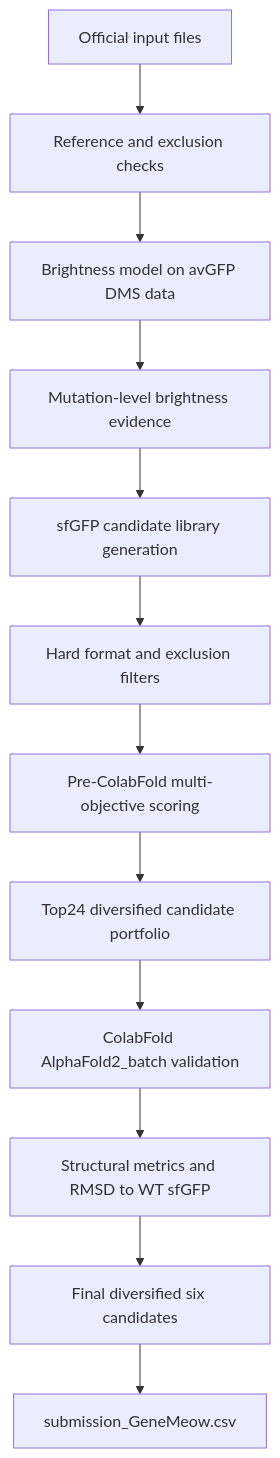
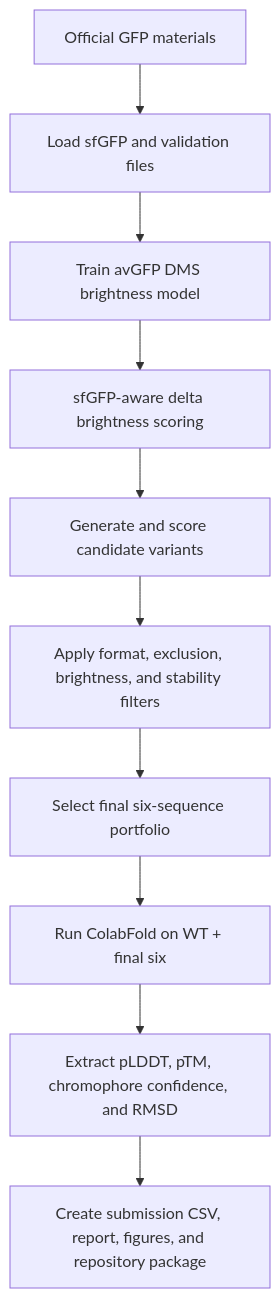
One commit to s-panish/GFP_2026_design changed the diagram in README.md. Above: the diagram before and after it, drawn with Mermaid. The commit also changed other lines of this file and 128 other files, not shown here.

````diff
--- a/README.md
+++ b/README.md
@@ -128,14 +143,12 @@
 ```mermaid
 flowchart TD
-    A[Official input files] --> B[Reference and exclusion checks]
-    B --> C[Brightness model on avGFP DMS data]
-    C --> D[Mutation-level brightness evidence]
-    D --> E[sfGFP candidate library generation]
-    E --> F[Hard format and exclusion filters]
-    F --> G[Pre-ColabFold multi-objective scoring]
-    G --> H[Top24 diversified candidate portfolio]
-    H --> I[ColabFold AlphaFold2_batch validation]
-    I --> J[Structural metrics and RMSD to WT sfGFP]
-    J --> K[Final diversified six candidates]
-    K --> L[submission_GeneMeow.csv]
+    A[Official GFP materials] --> B[Load sfGFP and validation files]
+    B --> C[Train avGFP DMS brightness model]
+    C --> D[sfGFP-aware delta brightness scoring]
+    D --> E[Generate and score candidate variants]
+    E --> F[Apply format, exclusion, brightness, and stability filters]
+    F --> G[Select final six-sequence portfolio]
+    G --> H[Run ColabFold on WT + final six]
+    H --> I[Extract pLDDT, pTM, chromophore confidence, and RMSD]
+    I --> J[Create submission CSV, report, figures, and repository package]
 ```
````
